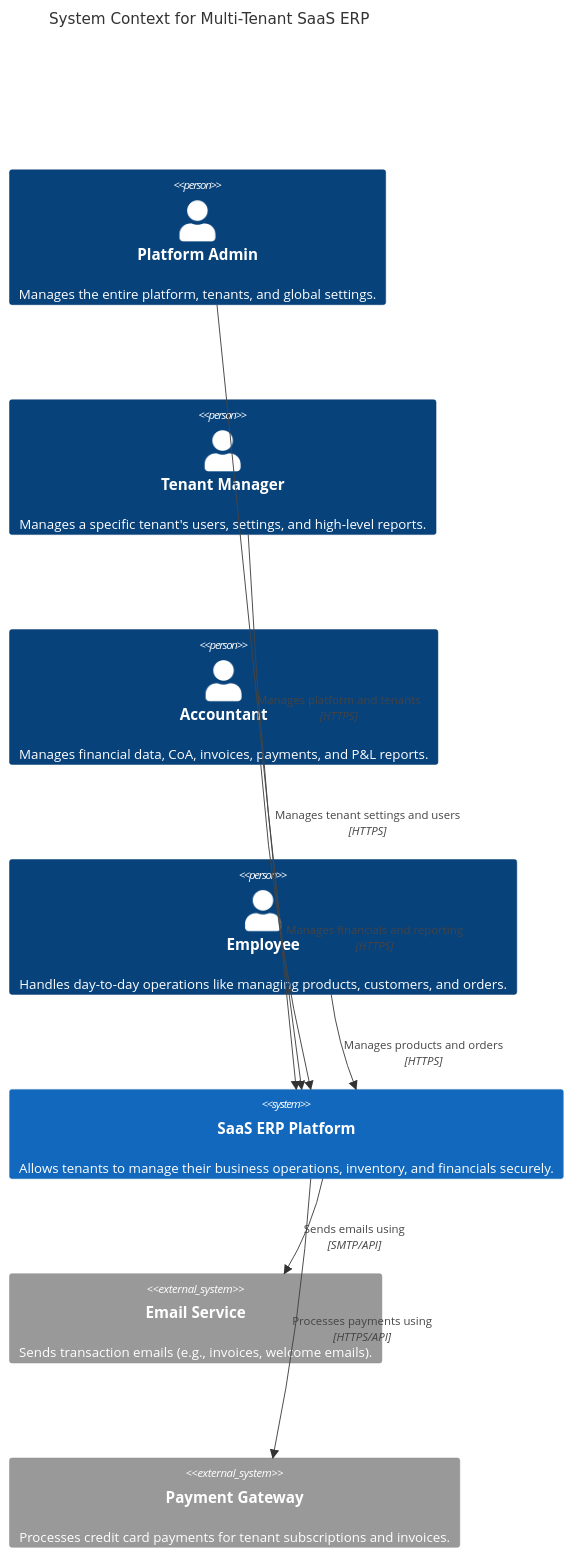
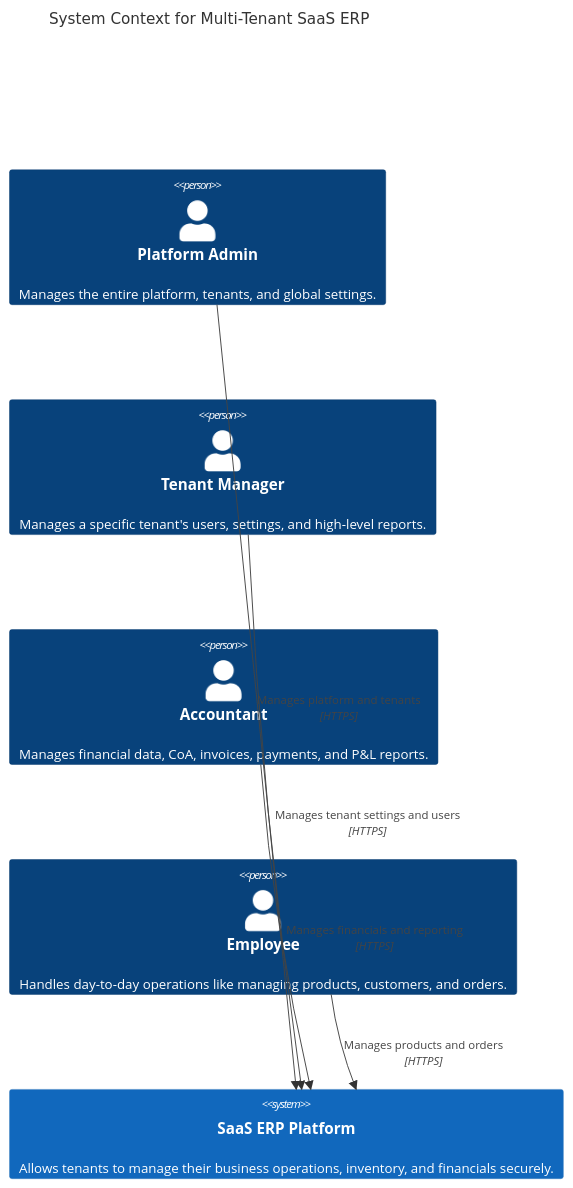
The first of 3 diagrams in documentation/architecture.md (mg4u/nexus-erp), drawn with Mermaid before and after one commit. The commit also changed other lines of this file, not shown here.

````diff
--- a/documentation/architecture.md
+++ b/documentation/architecture.md
@@ -7,22 +7,16 @@
 ```mermaid
 C4Context
     title System Context for Multi-Tenant SaaS ERP
 
     Person(admin, "Platform Admin", "Manages the entire platform, tenants, and global settings.")
     Person(manager, "Tenant Manager", "Manages a specific tenant's users, settings, and high-level reports.")
     Person(accountant, "Accountant", "Manages financial data, CoA, invoices, payments, and P&L reports.")
     Person(employee, "Employee", "Handles day-to-day operations like managing products, customers, and orders.")
 
     System(erp, "SaaS ERP Platform", "Allows tenants to manage their business operations, inventory, and financials securely.")
 
-    System_Ext(email, "Email Service", "Sends transaction emails (e.g., invoices, welcome emails).")
-    System_Ext(payment_gateway, "Payment Gateway", "Processes credit card payments for tenant subscriptions and invoices.")
-
     Rel(admin, erp, "Manages platform and tenants", "HTTPS")
     Rel(manager, erp, "Manages tenant settings and users", "HTTPS")
     Rel(accountant, erp, "Manages financials and reporting", "HTTPS")
     Rel(employee, erp, "Manages products and orders", "HTTPS")
-
-    Rel(erp, email, "Sends emails using", "SMTP/API")
-    Rel(erp, payment_gateway, "Processes payments using", "HTTPS/API")
 ```
````
